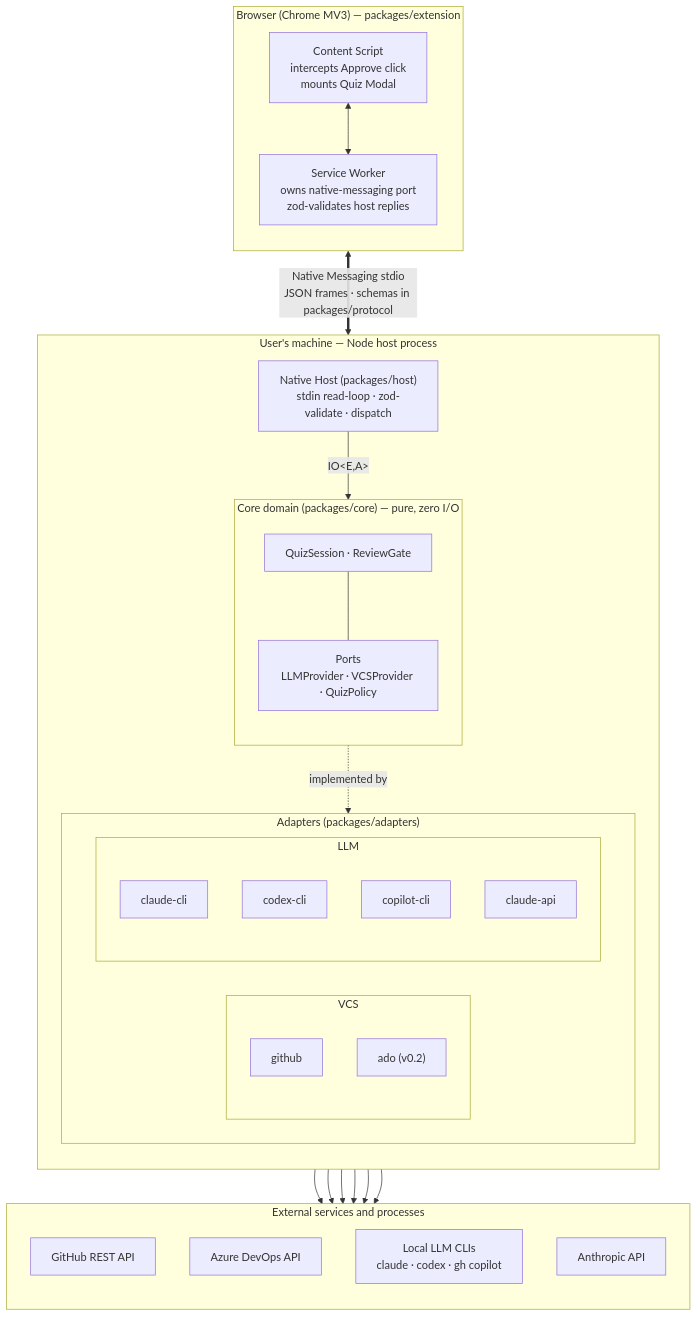
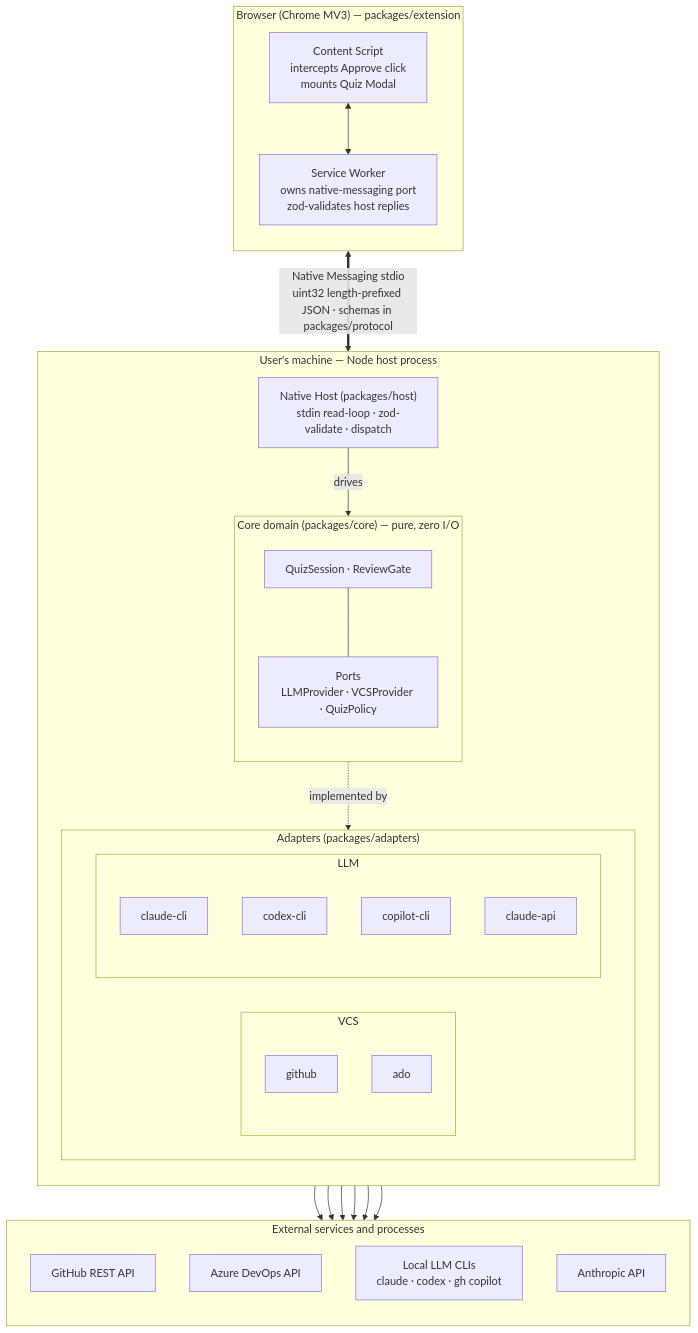
The first of 2 diagrams in README.md (tibtof/lgtm-buzzer), drawn with Mermaid before and after one commit. The commit also changed other lines of this file, not shown here.

First line of the commit message:
docs(readme): address PM + Architect review nits on diagrams

````diff
--- a/README.md
+++ b/README.md
@@ -201,57 +201,57 @@
 ```mermaid
 flowchart TB
     subgraph Browser["Browser (Chrome MV3) — packages/extension"]
         direction TB
         CS["Content Script<br/>intercepts Approve click<br/>mounts Quiz Modal"]
         SW["Service Worker<br/>owns native-messaging port<br/>zod-validates host replies"]
         CS <--> SW
     end
 
     subgraph Machine["User's machine — Node host process"]
         direction TB
         Host["Native Host (packages/host)<br/>stdin read-loop · zod-validate · dispatch"]
 
         subgraph Core["Core domain (packages/core) — pure, zero I/O"]
             direction TB
             Domain["QuizSession · ReviewGate"]
             Ports["Ports<br/>LLMProvider · VCSProvider · QuizPolicy"]
             Domain --- Ports
         end
 
         subgraph Adapters["Adapters (packages/adapters)"]
             direction LR
             subgraph VCSGroup["VCS"]
                 direction TB
                 GH["github"]
-                ADO["ado (v0.2)"]
+                ADO["ado"]
             end
             subgraph LLMGroup["LLM"]
                 direction TB
                 CLAUDE["claude-cli"]
                 CODEX["codex-cli"]
                 COPILOT["copilot-cli"]
                 API["claude-api"]
             end
         end
 
-        Host -->|"IO&lt;E,A&gt;"| Core
+        Host -->|"drives"| Core
         Ports -.->|"implemented by"| Adapters
     end
 
     subgraph External["External services and processes"]
         direction TB
         GHAPI["GitHub REST API"]
         ADOAPI["Azure DevOps API"]
         LocalLLMs["Local LLM CLIs<br/>claude · codex · gh copilot"]
         Anthropic["Anthropic API"]
     end
 
-    SW <==>|"Native Messaging stdio<br/>JSON frames · schemas in packages/protocol"| Host
+    SW <==>|"Native Messaging stdio<br/>uint32 length-prefixed JSON · schemas in packages/protocol"| Host
 
     GH --> GHAPI
     ADO --> ADOAPI
     CLAUDE --> LocalLLMs
     CODEX --> LocalLLMs
     COPILOT --> LocalLLMs
     API --> Anthropic
 ```
````
